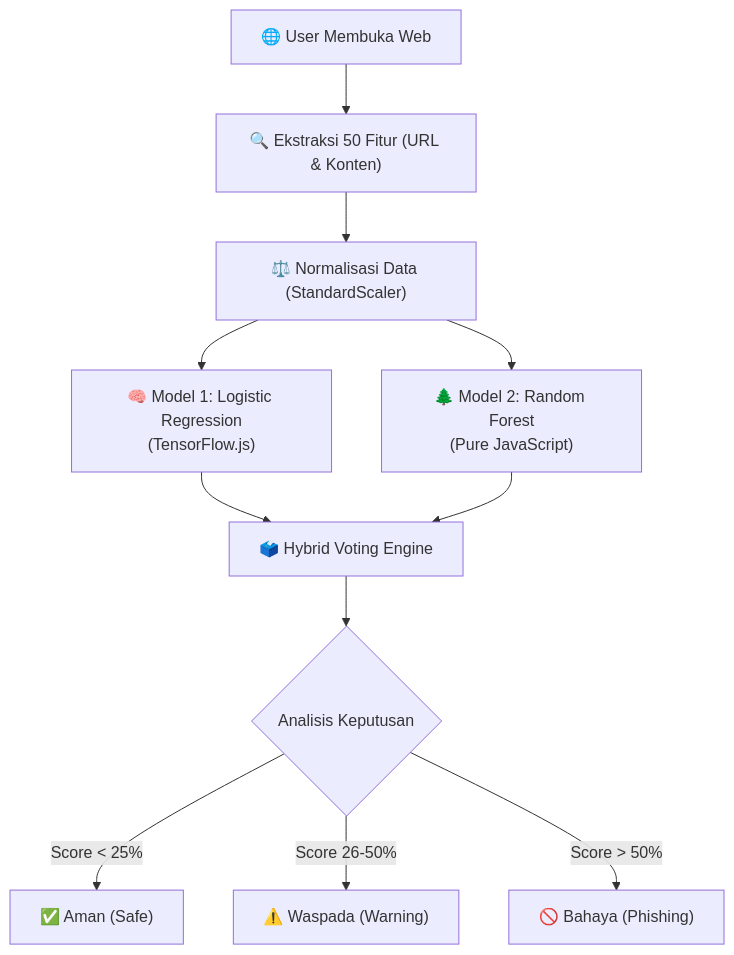
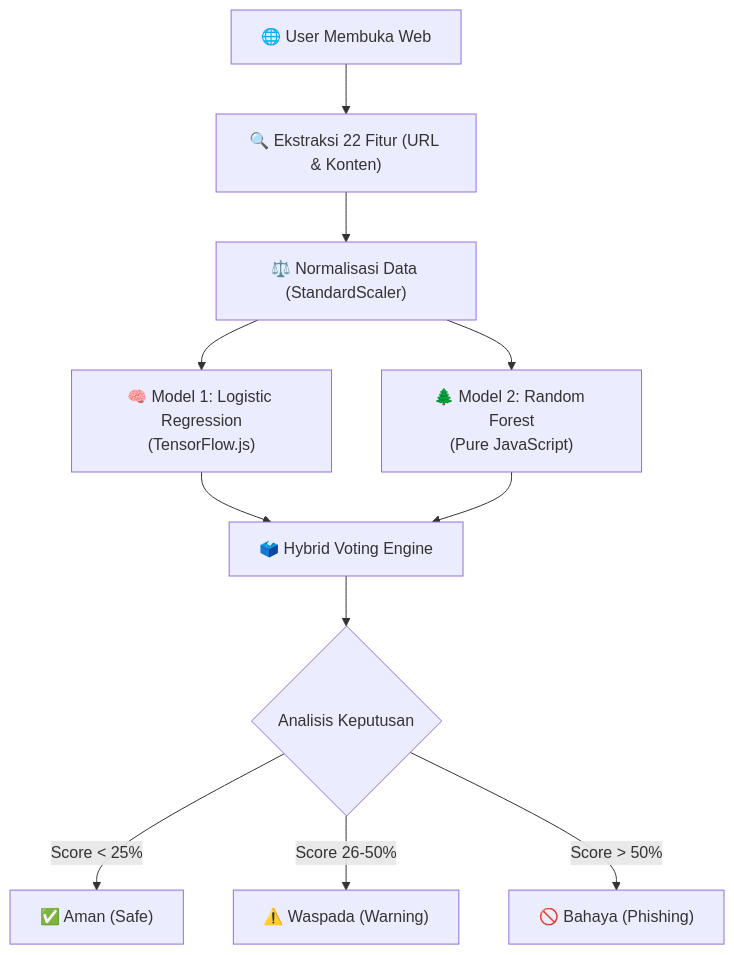
The diagram in README.MD (soekanta/GuardNet-Version-0.1), drawn with Mermaid before and after one commit.

Commit message:
Correct feature extraction count in README
Updated the number of features extracted from 50 to 22 in the diagram.

````diff
--- a/README.MD
+++ b/README.MD
@@ -24,18 +24,18 @@
 ```mermaid
 graph TD
-    User["🌐 User Membuka Web"] --> Extractor["🔍 Ekstraksi 50 Fitur (URL & Konten)"]
+    User["🌐 User Membuka Web"] --> Extractor["🔍 Ekstraksi 22 Fitur (URL & Konten)"]
     
     Extractor --> Normalizer["⚖️ Normalisasi Data (StandardScaler)"]
     
     Normalizer --> Model1["🧠 Model 1: Logistic Regression<br/>(TensorFlow.js)"]
     Normalizer --> Model2["🌲 Model 2: Random Forest<br/>(Pure JavaScript)"]
     
     Model1 --> Vote["🗳️ Hybrid Voting Engine"]
     Model2 --> Vote
     
     Vote --> Check{"Analisis Keputusan"}
     
     Check -->|Score < 25%| Safe["✅ Aman (Safe)"]
     Check -->|Score 26-50%| Warn["⚠️ Waspada (Warning)"]
     Check -->|Score > 50%| Phish["🚫 Bahaya (Phishing)"]
 ```
````
